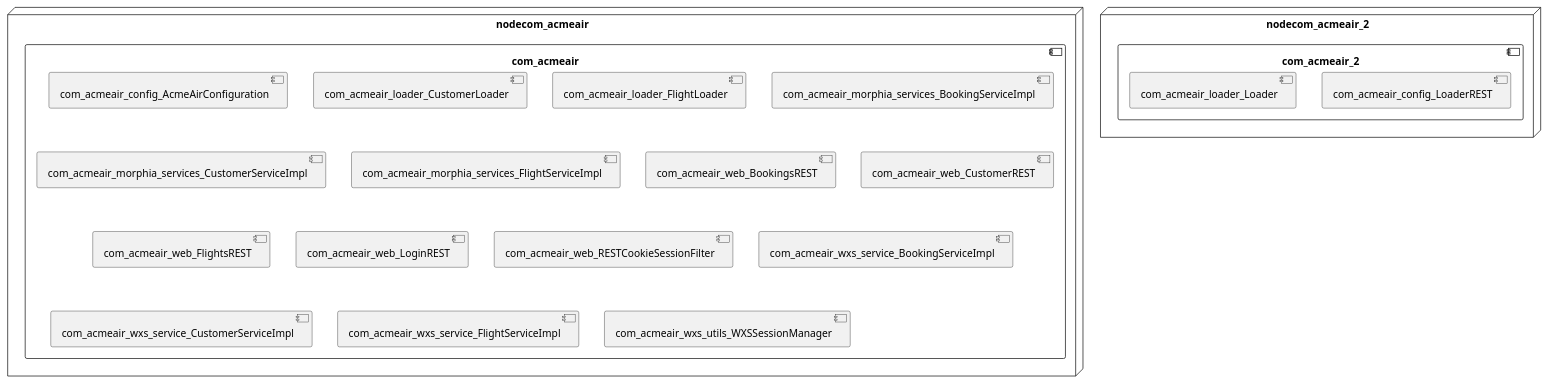
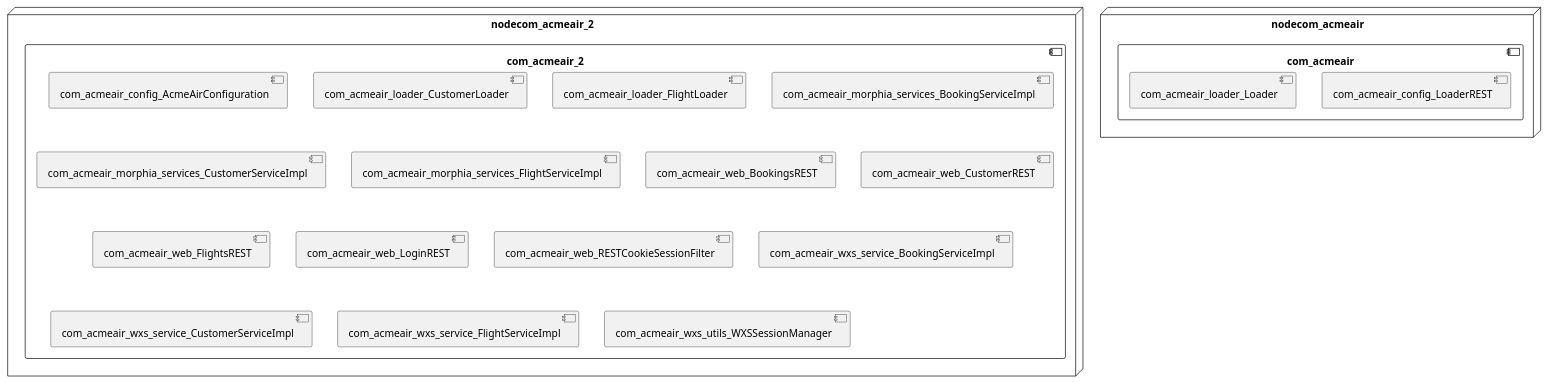
Before and after one commit to View-Based-Reverse-Engineering/Retriever-Benchmark: the diagram in acmeair-acmeair/model_re/uml/allocationDiagram.puml, drawn with PlantUML. The commit also changed 6 other files, not shown here.

```diff
--- a/acmeair-acmeair/model_re/uml/allocationDiagram.puml
+++ b/acmeair-acmeair/model_re/uml/allocationDiagram.puml
@@ -1,30 +1,30 @@
 @startuml
 skinparam fixCircleLabelOverlapping true
 skinparam componentStyle uml2
 node nodecom_acmeair {
 component com_acmeair {
-[com_acmeair_config_AcmeAirConfiguration] [[acmeair-acmeair.system#_W38rYOWWEe6wkKbUcG1H5A]]
-[com_acmeair_loader_CustomerLoader] [[acmeair-acmeair.system#_W38rYOWWEe6wkKbUcG1H5A]]
-[com_acmeair_loader_FlightLoader] [[acmeair-acmeair.system#_W38rYOWWEe6wkKbUcG1H5A]]
-[com_acmeair_morphia_services_BookingServiceImpl] [[acmeair-acmeair.system#_W38rYOWWEe6wkKbUcG1H5A]]
-[com_acmeair_morphia_services_CustomerServiceImpl] [[acmeair-acmeair.system#_W38rYOWWEe6wkKbUcG1H5A]]
-[com_acmeair_morphia_services_FlightServiceImpl] [[acmeair-acmeair.system#_W38rYOWWEe6wkKbUcG1H5A]]
-[com_acmeair_web_BookingsREST] [[acmeair-acmeair.system#_W38rYOWWEe6wkKbUcG1H5A]]
-[com_acmeair_web_CustomerREST] [[acmeair-acmeair.system#_W38rYOWWEe6wkKbUcG1H5A]]
-[com_acmeair_web_FlightsREST] [[acmeair-acmeair.system#_W38rYOWWEe6wkKbUcG1H5A]]
-[com_acmeair_web_LoginREST] [[acmeair-acmeair.system#_W38rYOWWEe6wkKbUcG1H5A]]
-[com_acmeair_web_RESTCookieSessionFilter] [[acmeair-acmeair.system#_W38rYOWWEe6wkKbUcG1H5A]]
-[com_acmeair_wxs_service_BookingServiceImpl] [[acmeair-acmeair.system#_W38rYOWWEe6wkKbUcG1H5A]]
-[com_acmeair_wxs_service_CustomerServiceImpl] [[acmeair-acmeair.system#_W38rYOWWEe6wkKbUcG1H5A]]
-[com_acmeair_wxs_service_FlightServiceImpl] [[acmeair-acmeair.system#_W38rYOWWEe6wkKbUcG1H5A]]
-[com_acmeair_wxs_utils_WXSSessionManager] [[acmeair-acmeair.system#_W38rYOWWEe6wkKbUcG1H5A]]
+[com_acmeair_config_LoaderREST] [[acmeair-acmeair.system#_RSsuMOypEe65gM4ETOVzZw]]
+[com_acmeair_loader_Loader] [[acmeair-acmeair.system#_RSsuMOypEe65gM4ETOVzZw]]
 }
 }
 node nodecom_acmeair_2 {
 component com_acmeair_2 {
-[com_acmeair_config_LoaderREST] [[acmeair-acmeair.system#_W38rYOWWEe6wkKbUcG1H5A]]
-[com_acmeair_loader_Loader] [[acmeair-acmeair.system#_W38rYOWWEe6wkKbUcG1H5A]]
+[com_acmeair_config_AcmeAirConfiguration] [[acmeair-acmeair.system#_RSsuMOypEe65gM4ETOVzZw]]
+[com_acmeair_loader_CustomerLoader] [[acmeair-acmeair.system#_RSsuMOypEe65gM4ETOVzZw]]
+[com_acmeair_loader_FlightLoader] [[acmeair-acmeair.system#_RSsuMOypEe65gM4ETOVzZw]]
+[com_acmeair_morphia_services_BookingServiceImpl] [[acmeair-acmeair.system#_RSsuMOypEe65gM4ETOVzZw]]
+[com_acmeair_morphia_services_CustomerServiceImpl] [[acmeair-acmeair.system#_RSsuMOypEe65gM4ETOVzZw]]
+[com_acmeair_morphia_services_FlightServiceImpl] [[acmeair-acmeair.system#_RSsuMOypEe65gM4ETOVzZw]]
+[com_acmeair_web_BookingsREST] [[acmeair-acmeair.system#_RSsuMOypEe65gM4ETOVzZw]]
+[com_acmeair_web_CustomerREST] [[acmeair-acmeair.system#_RSsuMOypEe65gM4ETOVzZw]]
+[com_acmeair_web_FlightsREST] [[acmeair-acmeair.system#_RSsuMOypEe65gM4ETOVzZw]]
+[com_acmeair_web_LoginREST] [[acmeair-acmeair.system#_RSsuMOypEe65gM4ETOVzZw]]
+[com_acmeair_web_RESTCookieSessionFilter] [[acmeair-acmeair.system#_RSsuMOypEe65gM4ETOVzZw]]
+[com_acmeair_wxs_service_BookingServiceImpl] [[acmeair-acmeair.system#_RSsuMOypEe65gM4ETOVzZw]]
+[com_acmeair_wxs_service_CustomerServiceImpl] [[acmeair-acmeair.system#_RSsuMOypEe65gM4ETOVzZw]]
+[com_acmeair_wxs_service_FlightServiceImpl] [[acmeair-acmeair.system#_RSsuMOypEe65gM4ETOVzZw]]
+[com_acmeair_wxs_utils_WXSSessionManager] [[acmeair-acmeair.system#_RSsuMOypEe65gM4ETOVzZw]]
 }
 }
 
 @enduml
```
